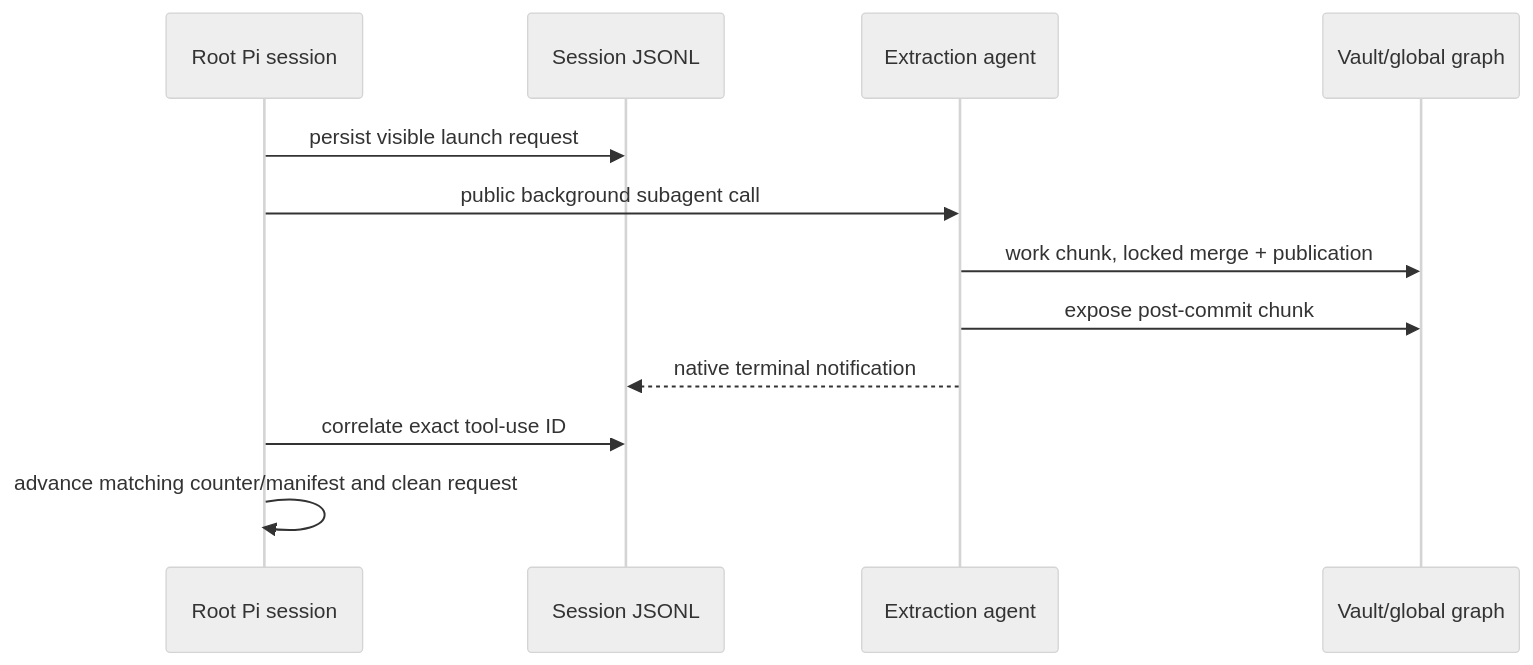
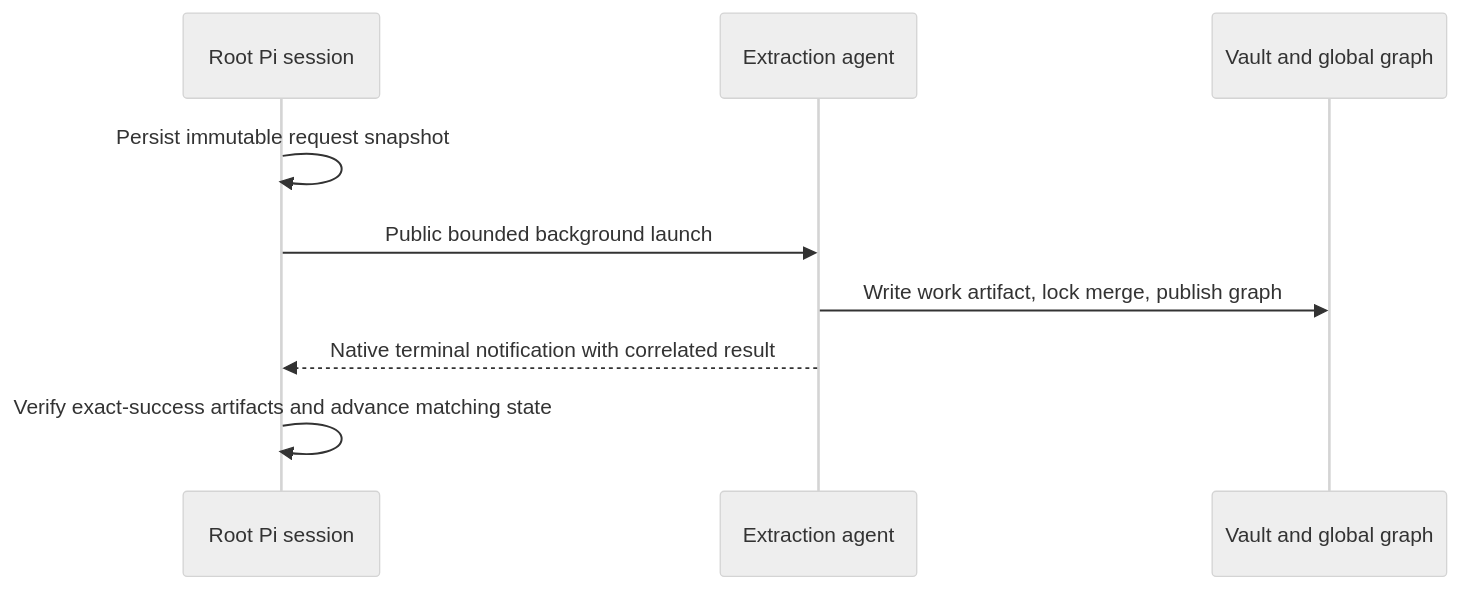
One commit to nikolanovoselec/codeflare changed the ninth of 9 diagrams in documentation/lanes/architecture.md. Above: the diagram before and after it, drawn with Mermaid (neutral theme). The commit also changed other lines of this file and 4 other files, not shown here.

Commit message:
docs: refactor architecture into system map

````diff
--- a/documentation/lanes/architecture.md
+++ b/documentation/lanes/architecture.md
@@ -733,14 +574,11 @@
 ```mermaid
 sequenceDiagram
     participant R as Root Pi session
-    participant T as Session JSONL
     participant A as Extraction agent
-    participant G as Vault/global graph
-    R->>T: persist visible launch request
-    R->>A: public background subagent call
-    A->>G: work chunk, locked merge + publication
-    A->>G: expose post-commit chunk
-    A-->>T: native terminal notification
-    R->>T: correlate exact tool-use ID
-    R->>R: advance matching counter/manifest and clean request
+    participant G as Vault and global graph
+    R->>R: Persist immutable request snapshot
+    R->>A: Public bounded background launch
+    A->>G: Write work artifact, lock merge, publish graph
+    A-->>R: Native terminal notification with correlated result
+    R->>R: Verify exact-success artifacts and advance matching state
 ```
````
